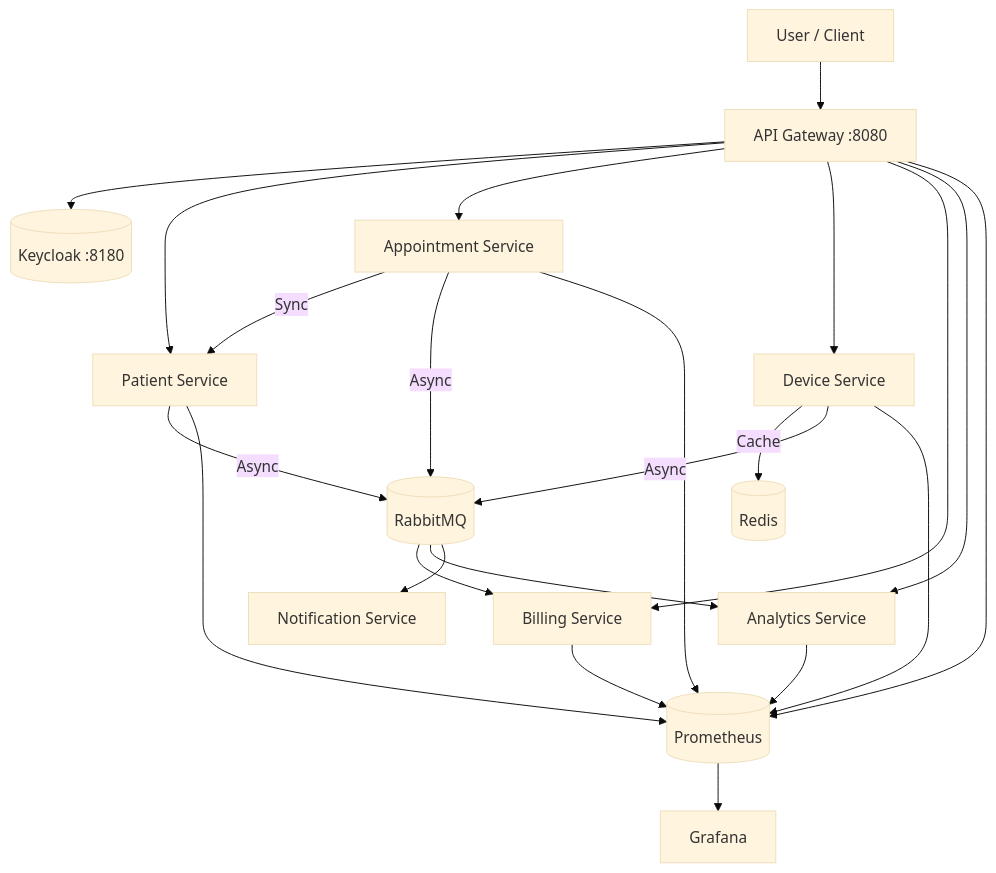
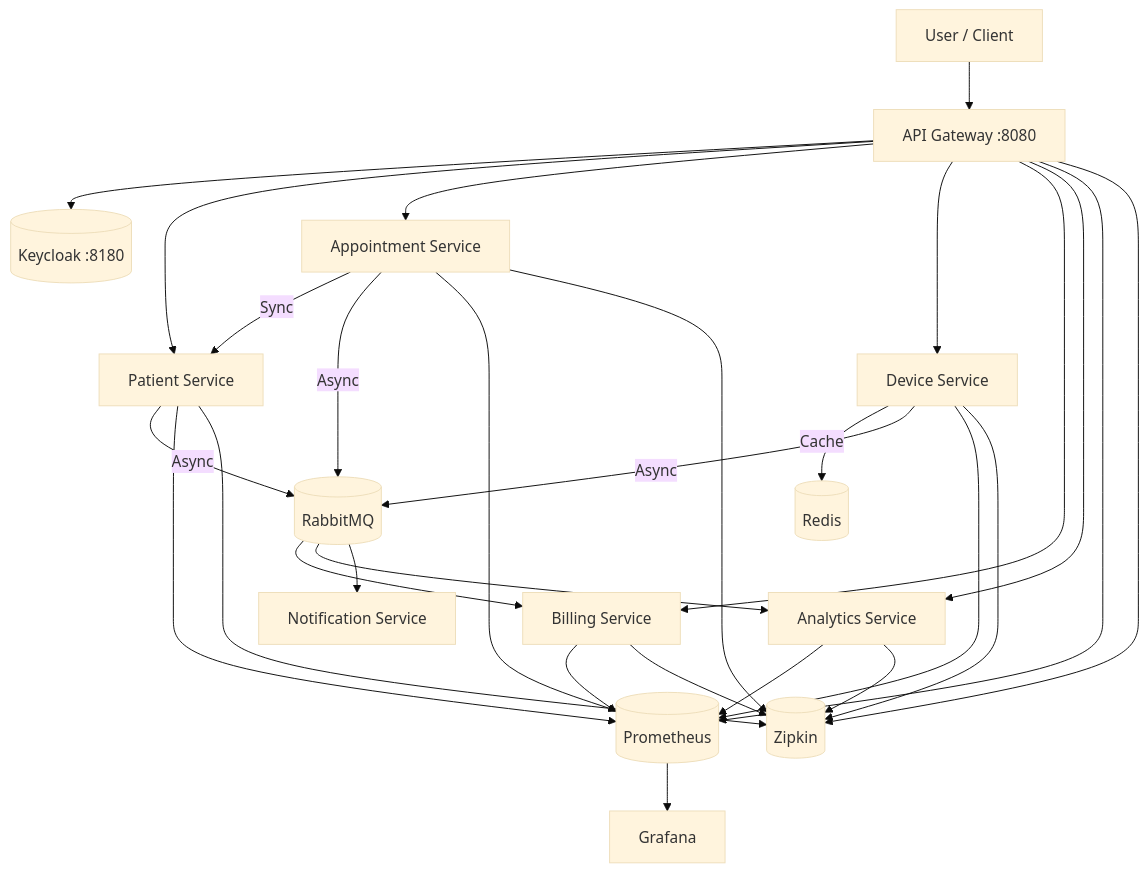
Before and after one commit to dawidbera/smarthealth-platform: the diagram in README.md, drawn with Mermaid (base theme). The commit also changed other lines of this file and 1 other file, not shown here.

Commit message:
docs: update architecture documentation with Zipkin and Grafana provisioning details

````diff
--- a/README.md
+++ b/README.md
@@ -6,24 +6,25 @@
 ```mermaid
 flowchart TD
   User[User / Client] --> GW[API Gateway :8080]
   GW --> KC[(Keycloak :8180)]
   GW --> PAT[Patient Service]
   GW --> APP[Appointment Service]
   GW --> DEV[Device Service]
   GW --> BILL[Billing Service]
   GW --> ANL[Analytics Service]
   
   APP -- Sync --> PAT
   DEV -- Cache --> R[(Redis)]
   
   PAT -- Async --> MQ[(RabbitMQ)]
   APP -- Async --> MQ
   DEV -- Async --> MQ
   
   MQ --> BILL
   MQ --> ANL
   MQ --> NOTIF[Notification Service]
   
   PAT & APP & BILL & DEV & ANL & GW --> PROM[(Prometheus)]
+  PAT & APP & BILL & DEV & ANL & GW --> ZIP[(Zipkin)]
   PROM --> GRAF[Grafana]
 ```
````
